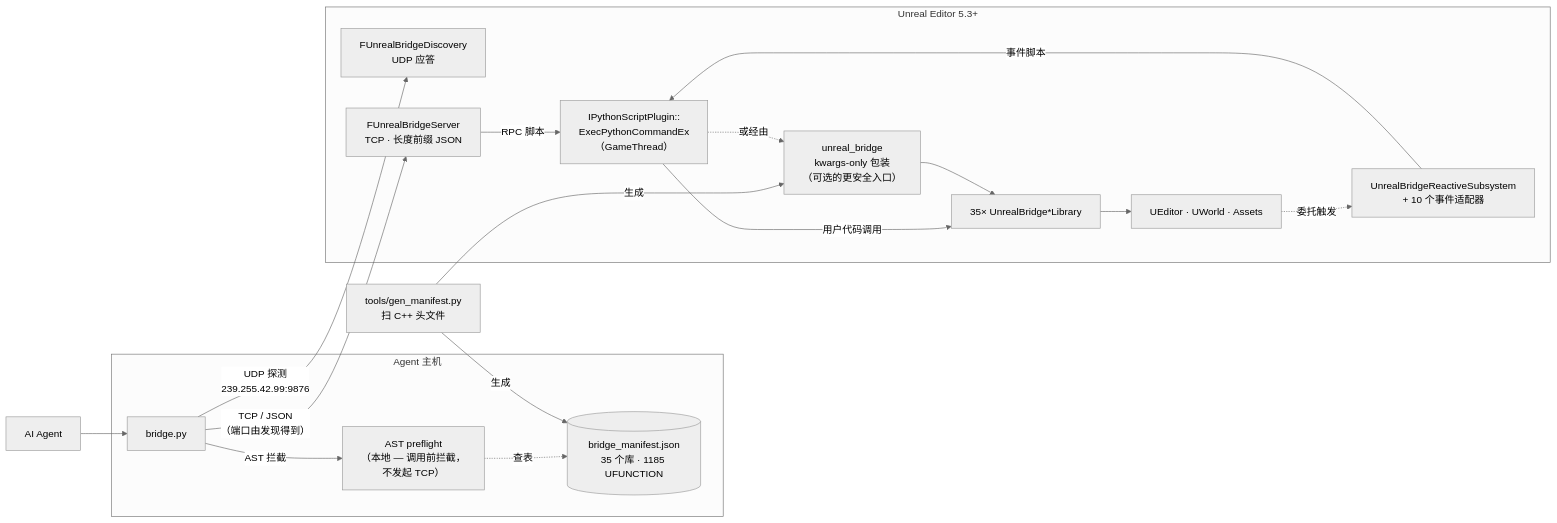
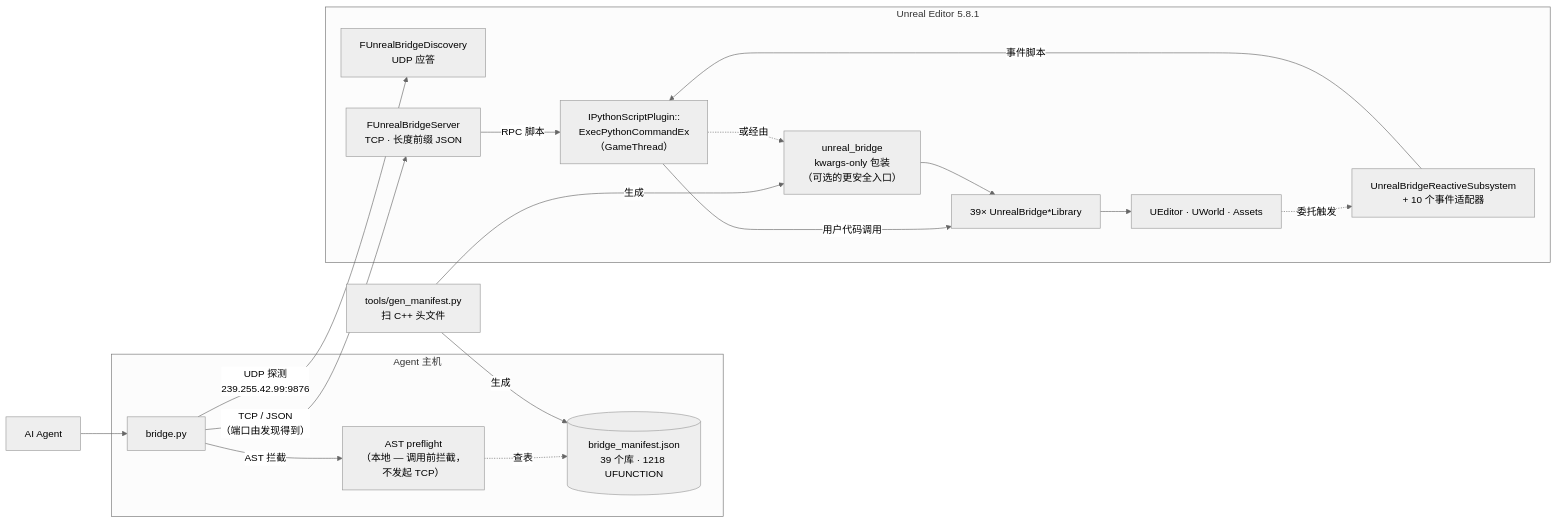
The diagram in README.zh-CN.md (ycy1164656/UnrealBridge), drawn with Mermaid (neutral theme) before and after one commit. The commit also changed other lines of this file and 191 other files, not shown here.

````diff
--- a/README.zh-CN.md
+++ b/README.zh-CN.md
@@ -46,40 +47,40 @@
 ```mermaid
 flowchart LR
     Agent["AI Agent"]
 
     subgraph Host["Agent 主机"]
       CLI["bridge.py"]
       Pre["AST preflight<br/>（本地 — 调用前拦截，<br/>不发起 TCP）"]
-      Mani[("bridge_manifest.json<br/>35 个库 · 1185 UFUNCTION")]
+      Mani[("bridge_manifest.json<br/>39 个库 · 1218 UFUNCTION")]
     end
 
     Gen["tools/gen_manifest.py<br/>扫 C++ 头文件"]
 
-    subgraph UE["Unreal Editor 5.3+"]
+    subgraph UE["Unreal Editor 5.8.1"]
       Disc["FUnrealBridgeDiscovery<br/>UDP 应答"]
       Server["FUnrealBridgeServer<br/>TCP · 长度前缀 JSON"]
       Reactive["UnrealBridgeReactiveSubsystem<br/>+ 10 个事件适配器"]
       Exec["IPythonScriptPlugin::<br/>ExecPythonCommandEx<br/>（GameThread）"]
       Wrap["unreal_bridge<br/>kwargs-only 包装<br/>（可选的更安全入口）"]
-      Libs["35× UnrealBridge*Library"]
+      Libs["39× UnrealBridge*Library"]
       Engine["UEditor · UWorld · Assets"]
     end
 
     Agent --> CLI
     CLI -- "AST 拦截" --> Pre
     Pre -. "查表" .-> Mani
 
     Gen -- "生成" --> Mani
     Gen -- "生成" --> Wrap
 
     CLI -- "UDP 探测<br/>239.255.42.99:9876" --> Disc
     CLI -- "TCP / JSON<br/>（端口由发现得到）" --> Server
     Server -- "RPC 脚本" --> Exec
     Engine -. "委托触发" .-> Reactive
     Reactive -- "事件脚本" --> Exec
 
     Exec -- "用户代码调用" --> Libs
     Exec -. "或经由" .-> Wrap
     Wrap --> Libs
     Libs --> Engine
 ```
````
